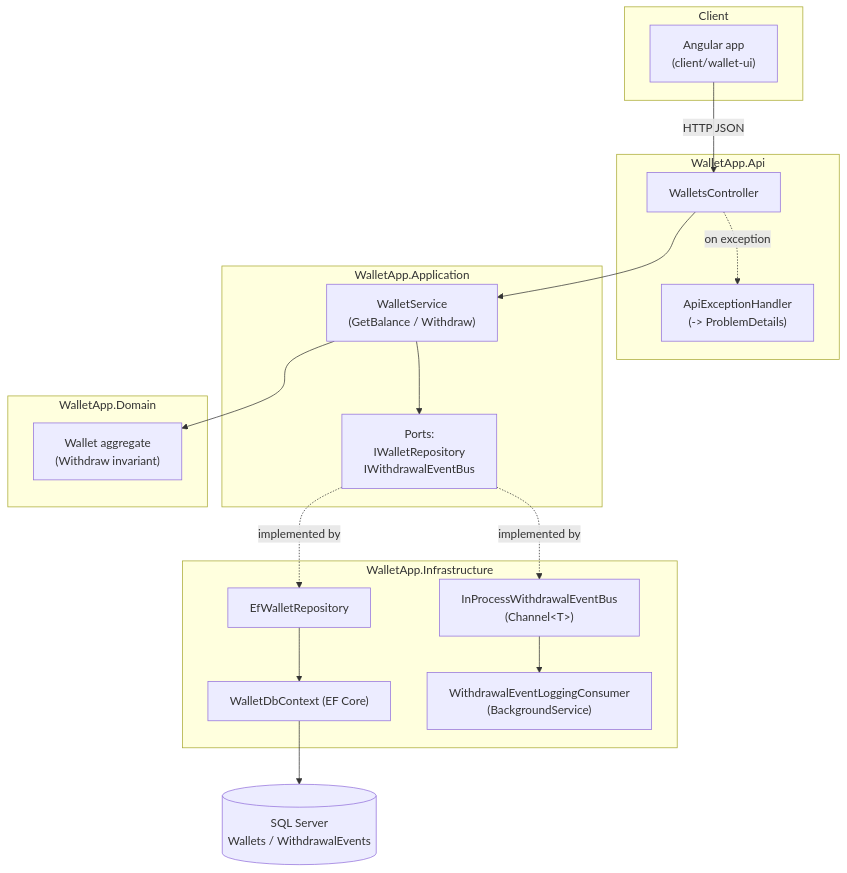
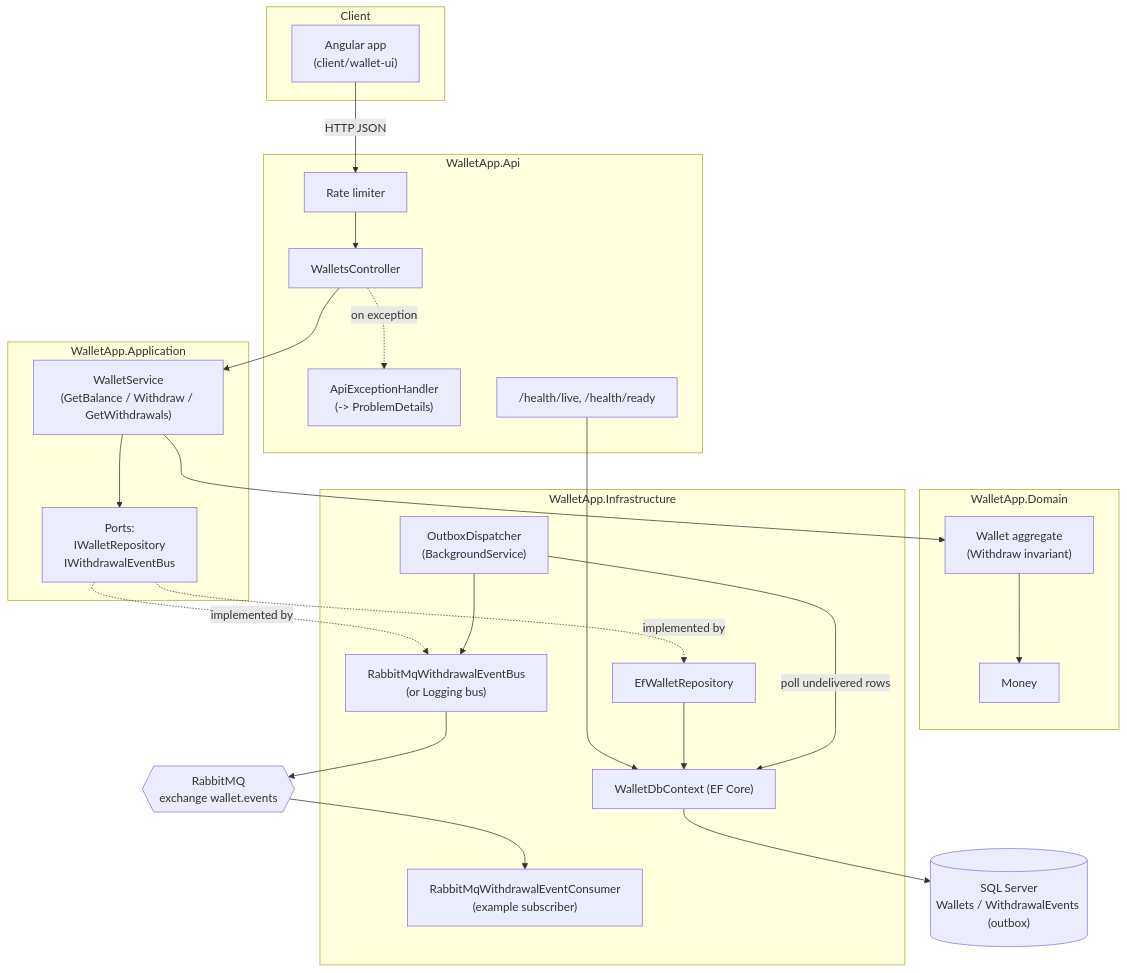
One commit to tmsibanyoni/Wallet-Applicaction changed the first of 3 diagrams in docs/architecture.md. Above: the diagram before and after it, drawn with Mermaid. The commit also changed other lines of this file and 1 other file, not shown here.

Commit message:
Bring the README and architecture diagrams up to date with the outbox, idempotency, history, rate limiting and CI

````diff
--- a/docs/architecture.md
+++ b/docs/architecture.md
@@ -9,39 +9,48 @@
 ```mermaid
 flowchart TB
     subgraph Client
         UI["Angular app<br/>(client/wallet-ui)"]
     end
 
     subgraph Api["WalletApp.Api"]
+        Limiter["Rate limiter"]
         Controller["WalletsController"]
         ExHandler["ApiExceptionHandler<br/>(-> ProblemDetails)"]
+        Health["/health/live, /health/ready"]
     end
 
     subgraph App["WalletApp.Application"]
-        Service["WalletService<br/>(GetBalance / Withdraw)"]
+        Service["WalletService<br/>(GetBalance / Withdraw / GetWithdrawals)"]
         Ports["Ports:<br/>IWalletRepository<br/>IWithdrawalEventBus"]
     end
 
     subgraph Domain["WalletApp.Domain"]
         Wallet["Wallet aggregate<br/>(Withdraw invariant)"]
+        Money["Money"]
     end
 
     subgraph Infra["WalletApp.Infrastructure"]
         Repo["EfWalletRepository"]
         DbCtx["WalletDbContext (EF Core)"]
-        Bus["InProcessWithdrawalEventBus<br/>(Channel&lt;T&gt;)"]
-        Consumer["WithdrawalEventLoggingConsumer<br/>(BackgroundService)"]
+        Dispatcher["OutboxDispatcher<br/>(BackgroundService)"]
+        Bus["RabbitMqWithdrawalEventBus<br/>(or Logging bus)"]
+        Consumer["RabbitMqWithdrawalEventConsumer<br/>(example subscriber)"]
     end
 
-    DB[("SQL Server<br/>Wallets / WithdrawalEvents")]
+    DB[("SQL Server<br/>Wallets / WithdrawalEvents (outbox)")]
+    MQ{{"RabbitMQ<br/>exchange wallet.events"}}
 
-    UI -->|HTTP JSON| Controller
+    UI -->|HTTP JSON| Limiter --> Controller
     Controller --> Service
     Controller -.->|on exception| ExHandler
+    Health --> DbCtx
     Service --> Wallet
+    Wallet --> Money
     Service --> Ports
     Ports -. implemented by .-> Repo
     Ports -. implemented by .-> Bus
     Repo --> DbCtx --> DB
-    Bus --> Consumer
+    Dispatcher -->|poll undelivered rows| DbCtx
+    Dispatcher --> Bus --> MQ
+    MQ --> Consumer
 ```
````
